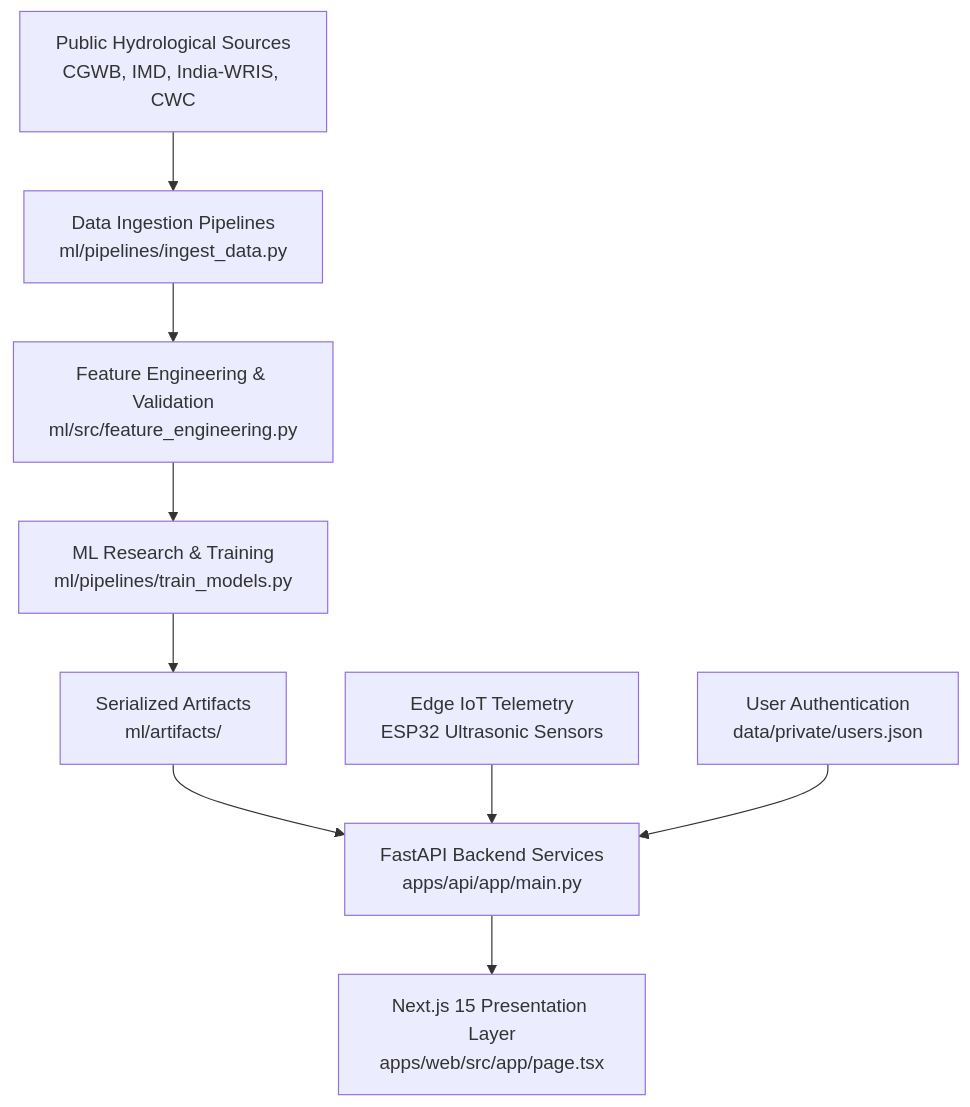
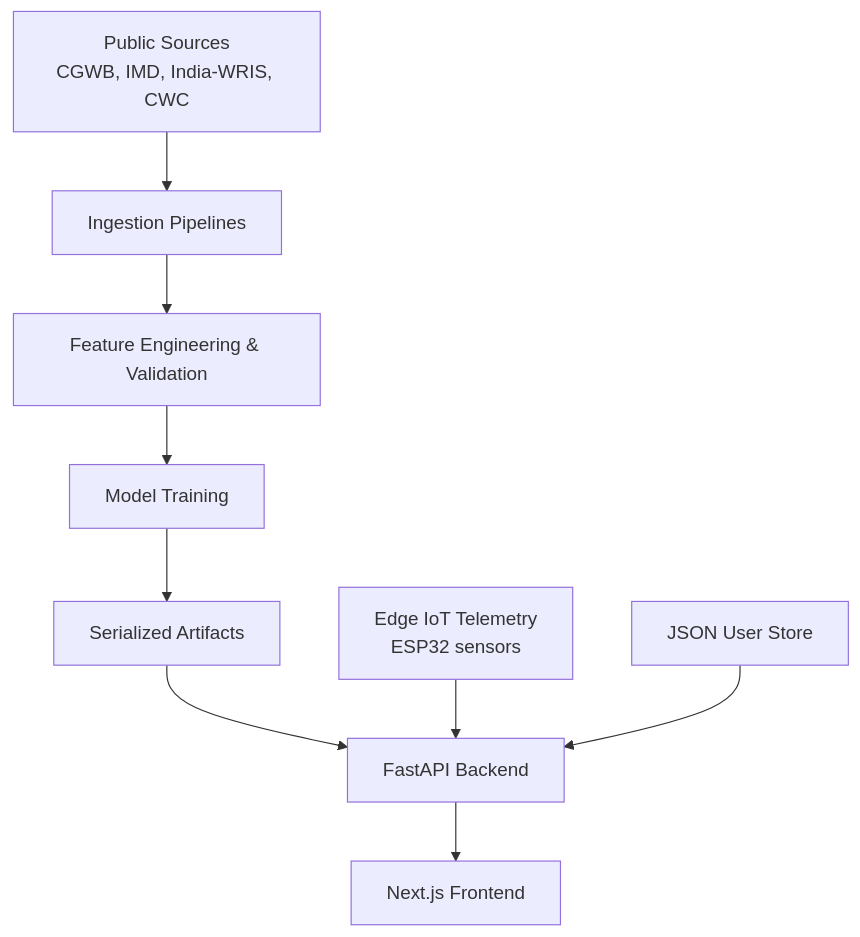
One commit to codexfiroj/HydroRaksh changed the diagram in README.md. Above: the diagram before and after it, drawn with Mermaid. The commit also changed other lines of this file, not shown here.

````diff
--- a/README.md
+++ b/README.md
@@ -217,11 +142,11 @@
 ```mermaid
 graph TD
-    A[Public Hydrological Sources<br>CGWB, IMD, India-WRIS, CWC] --> B[Data Ingestion Pipelines<br>ml/pipelines/ingest_data.py]
-    B --> C[Feature Engineering & Validation<br>ml/src/feature_engineering.py]
-    C --> D[ML Research & Training<br>ml/pipelines/train_models.py]
-    D --> E[Serialized Artifacts<br>ml/artifacts/]
-    E --> F[FastAPI Backend Services<br>apps/api/app/main.py]
-    F --> G[Next.js 15 Presentation Layer<br>apps/web/src/app/page.tsx]
-    H[Edge IoT Telemetry<br>ESP32 Ultrasonic Sensors] --> F
-    I[User Authentication<br>data/private/users.json] --> F
+    A[Public Sources<br>CGWB, IMD, India-WRIS, CWC] --> B[Ingestion Pipelines]
+    B --> C[Feature Engineering & Validation]
+    C --> D[Model Training]
+    D --> E[Serialized Artifacts]
+    E --> F[FastAPI Backend]
+    F --> G[Next.js Frontend]
+    H[Edge IoT Telemetry<br>ESP32 sensors] --> F
+    I[JSON User Store] --> F
 ```
````
